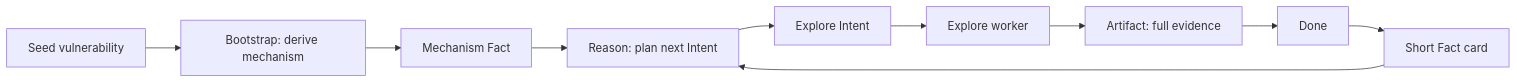
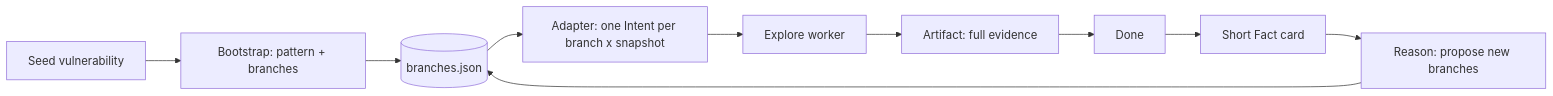
Before and after one commit to VodkaVortex/Clairvoyant: the diagram in README.md, drawn with Mermaid. The commit also changed other lines of this file and 7 other files, not shown here.

First line of the commit message:
Add branch registry for Reason scheduling

````diff
--- a/README.md
+++ b/README.md
@@ -27,12 +27,12 @@
 ```mermaid
 flowchart LR
-    Seed[Seed vulnerability] --> Bootstrap[Bootstrap: derive mechanism]
-    Bootstrap --> Fact0[Mechanism Fact]
-    Fact0 --> Reason[Reason: plan next Intent]
-    Reason --> Intent[Explore Intent]
-    Intent --> Explore[Explore worker]
+    Seed[Seed vulnerability] --> Bootstrap[Bootstrap: pattern + branches]
+    Bootstrap --> Registry[(branches.json)]
+    Registry --> Schedule[Adapter: one Intent per branch x snapshot]
+    Schedule --> Explore[Explore worker]
     Explore --> Artifact[Artifact: full evidence]
     Artifact --> Done[Done]
     Done --> Fact1[Short Fact card]
-    Fact1 --> Reason
+    Fact1 --> Reason[Reason: propose new branches]
+    Reason --> Registry
 ```
````
